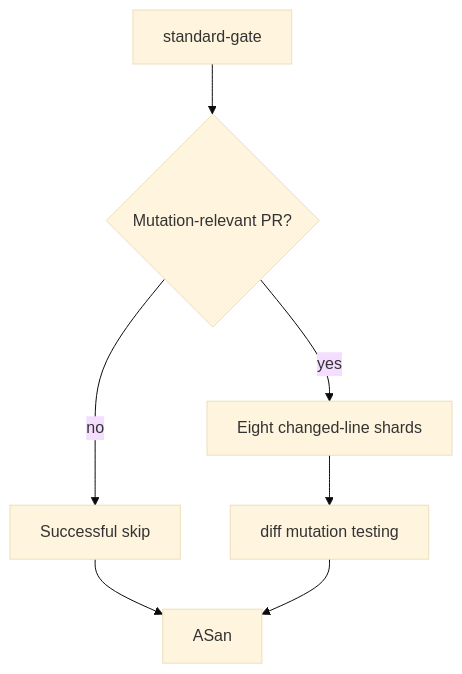
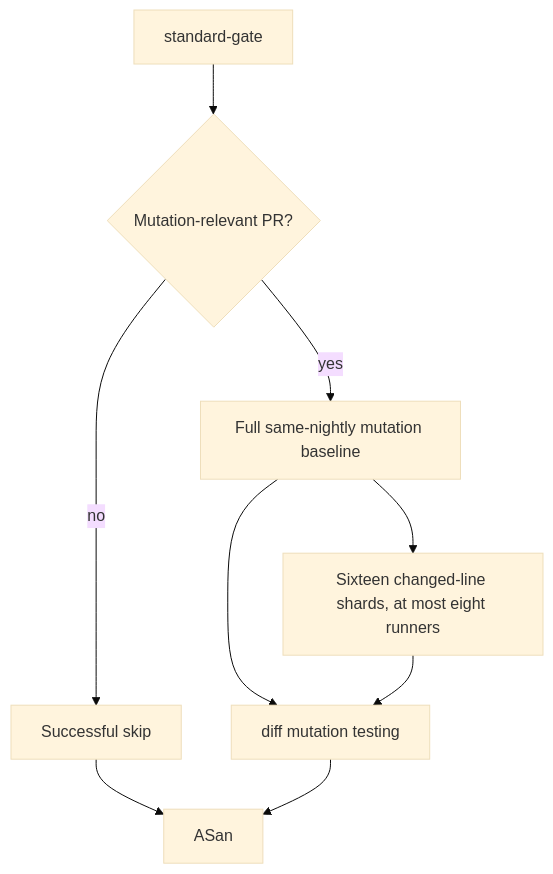
One commit to arceushui/pigloros changed the ninth of 14 diagrams in CONTRIBUTING.md. Above: the diagram before and after it, drawn with Mermaid (base theme). The commit also changed other lines of this file and 126 other files, not shown here.

````diff
--- a/CONTRIBUTING.md
+++ b/CONTRIBUTING.md
@@ -275,9 +289,11 @@
 ```mermaid
 flowchart TD
     G["standard-gate"] --> R{"Mutation-relevant PR?"}
     R -->|"no"| S["Successful skip"]
-    R -->|"yes"| M["Eight changed-line shards"]
+    R -->|"yes"| B["Full same-nightly mutation baseline"]
+    B --> M["Sixteen changed-line shards, at most eight runners"]
+    B --> MG["diff mutation testing"]
     M --> MG["diff mutation testing"]
     S --> A["ASan"]
     MG --> A
 ```
````
